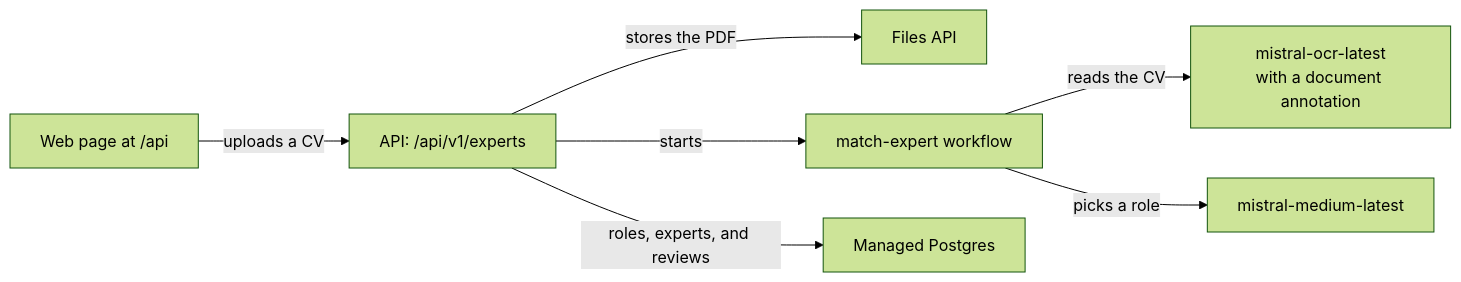
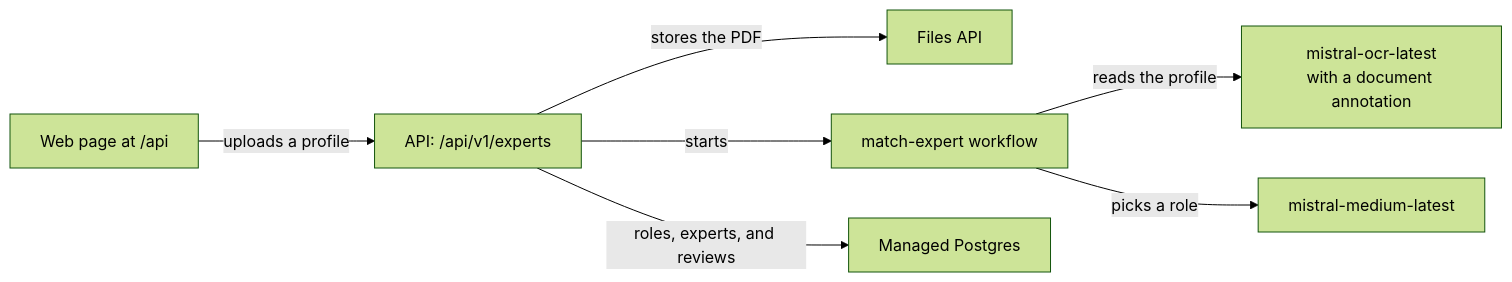
Before and after one commit to mistralai/cookbook: the diagram in mistral/agents/expert_matching_workflow/expert-matching-workflow.md, drawn with Mermaid (forest theme). The commit also changed other lines of this file and 6 other files, not shown here.

````diff
--- a/mistral/agents/expert_matching_workflow/expert-matching-workflow.md
+++ b/mistral/agents/expert_matching_workflow/expert-matching-workflow.md
@@ -19,9 +19,9 @@
 ```mermaid
 graph LR
-    Page["Web page at /api"] -->|uploads a CV| API["API: /api/v1/experts"]
+    Page["Web page at /api"] -->|uploads a profile| API["API: /api/v1/experts"]
     API -->|stores the PDF| Files["Files API"]
     API -->|starts| Workflow["match-expert workflow"]
-    Workflow -->|reads the CV| OCR["mistral-ocr-latest<br/>with a document annotation"]
+    Workflow -->|reads the profile| OCR["mistral-ocr-latest<br/>with a document annotation"]
     Workflow -->|picks a role| Model["mistral-medium-latest"]
     API -->|roles, experts, and reviews| DB["Managed Postgres"]
 ```
````
